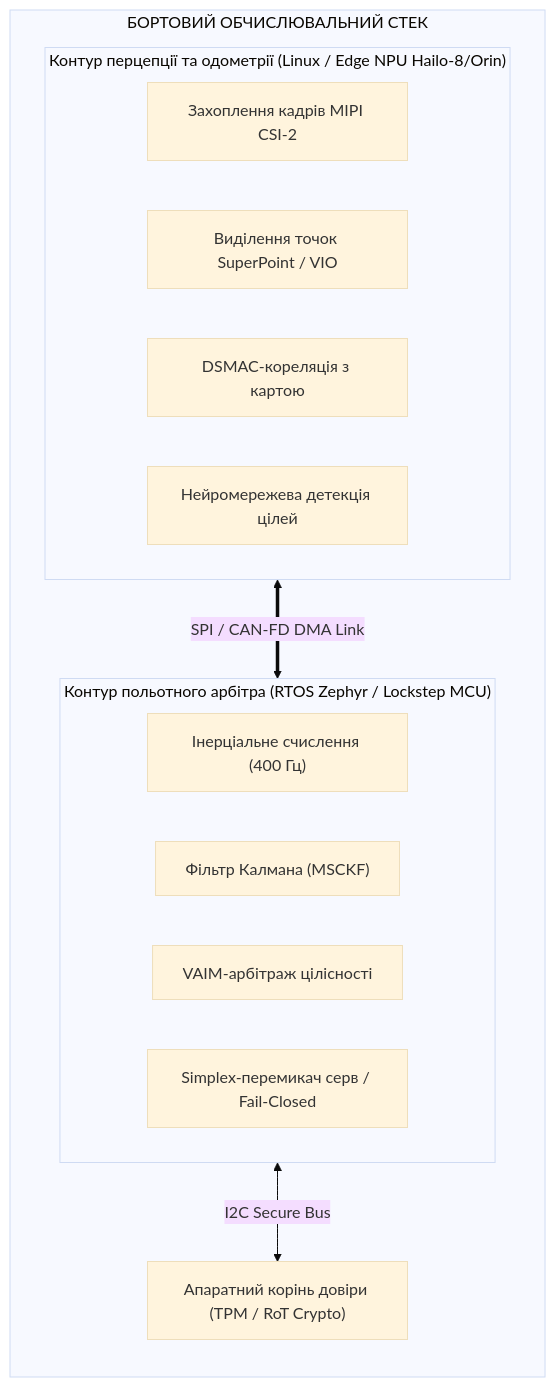
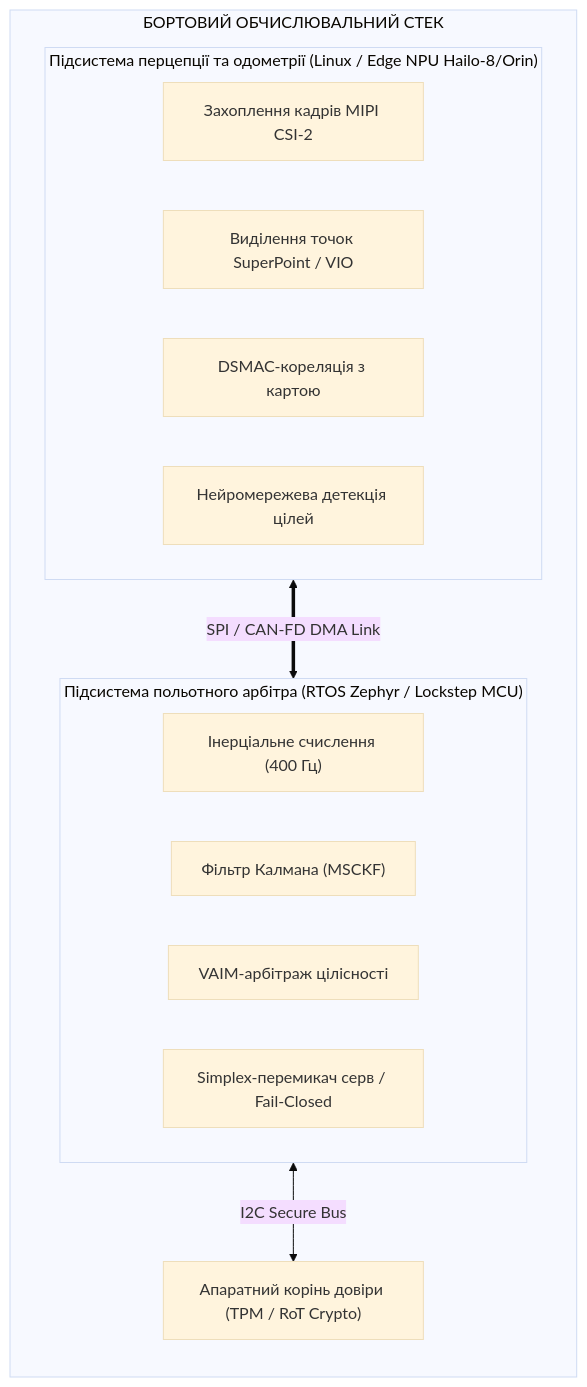
The third of 3 diagrams in MilTech/Autonomous-Navigation-GNSS-Denied-MilTech-UA.md (nick-fedchik/articles), drawn with Mermaid (base theme) before and after one commit. The commit also changed other lines of this file and 10 other files, not shown here.

````diff
--- a/MilTech/Autonomous-Navigation-GNSS-Denied-MilTech-UA.md
+++ b/MilTech/Autonomous-Navigation-GNSS-Denied-MilTech-UA.md
@@ -204,22 +204,22 @@
 ```mermaid
 flowchart TB
     subgraph Stk["БОРТОВИЙ ОБЧИСЛЮВАЛЬНИЙ СТЕК"]
         direction TB
-        subgraph PCont["Контур перцепції та одометрії (Linux / Edge NPU Hailo-8/Orin)"]
+        subgraph PCont["Підсистема перцепції та одометрії (Linux / Edge NPU Hailo-8/Orin)"]
             P1["Захоплення кадрів MIPI CSI-2"]
             P2["Виділення точок SuperPoint / VIO"]
             P3["DSMAC-кореляція з картою"]
             P4["Нейромережева детекція цілей"]
         end
 
-        subgraph FCont["Контур польотного арбітра (RTOS Zephyr / Lockstep MCU)"]
+        subgraph FCont["Підсистема польотного арбітра (RTOS Zephyr / Lockstep MCU)"]
             F1["Інерціальне счислення (400 Гц)"]
             F2["Фільтр Калмана (MSCKF)"]
             F3["VAIM-арбітраж цілісності"]
             F4["Simplex-перемикач серв / Fail-Closed"]
         end
 
         PCont <==>|"SPI / CAN-FD DMA Link"| FCont
         FCont <-->|"I2C Secure Bus"| RoT["Апаратний корінь довіри (TPM / RoT Crypto)"]
     end
 ```
````
